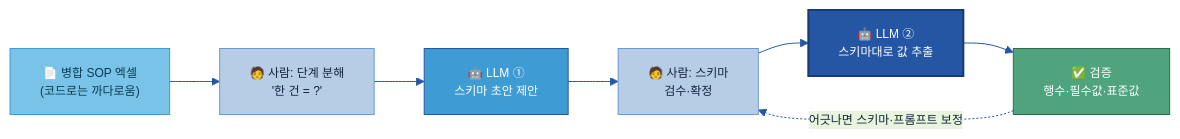
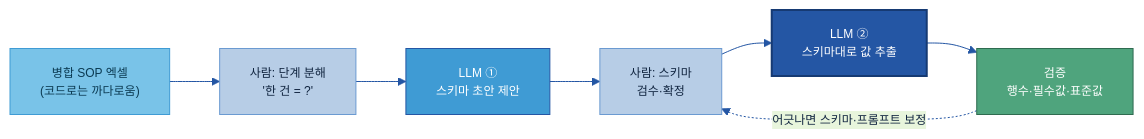
The sixth of 9 diagrams in 가이드 작성/B-1 데이터 전처리/B-1 데이터 전처리.md (jin-kearney/ai-ready-data-manual), drawn with Mermaid before and after one commit. The commit also changed other lines of this file and 4 other files, not shown here.

````diff
--- a/가이드 작성/B-1 데이터 전처리/B-1 데이터 전처리.md
+++ b/가이드 작성/B-1 데이터 전처리/B-1 데이터 전처리.md
@@ -568,17 +568,17 @@
 ```mermaid
 %%{init: {'theme':'base','themeVariables':{'primaryColor':'#DCE8F5','primaryBorderColor':'#2456A4','primaryTextColor':'#10243f','lineColor':'#2456A4','fontSize':'12px'}}}%%
 flowchart LR
-    DOC["📄 병합 SOP 엑셀<br/>(코드로는 까다로움)"]:::src
-    H1["🧑 사람: 단계 분해<br/>'한 건 = ?'"]:::n
-    P1["🤖 LLM ①<br/>스키마 초안 제안"]:::gate
-    H2["🧑 사람: 스키마<br/>검수·확정"]:::n
-    P2["🤖 LLM ②<br/>스키마대로 값 추출"]:::cat
-    V["✅ 검증<br/>행수·필수값·표준값"]:::loop
+    DOC["병합 SOP 엑셀<br/>(코드로는 까다로움)"]:::src
+    H1["사람: 단계 분해<br/>'한 건 = ?'"]:::n
+    P1["LLM ①<br/>스키마 초안 제안"]:::gate
+    H2["사람: 스키마<br/>검수·확정"]:::n
+    P2["LLM ②<br/>스키마대로 값 추출"]:::cat
+    V["검증<br/>행수·필수값·표준값"]:::loop
     DOC --> H1 --> P1 --> H2 --> P2 --> V
     V -.어긋나면 스키마·프롬프트 보정.-> H2
     classDef n fill:#B7CDE6,stroke:#6B9AD1,color:#10243f;
     classDef src fill:#79C3E8,stroke:#3F9BD4,color:#0b3a52;
     classDef cat fill:#2456A4,color:#fff,stroke:#163a73,stroke-width:2px;
     classDef gate fill:#3F9BD4,stroke:#2456A4,color:#fff;
     classDef loop fill:#4FA47D,stroke:#2f6b50,color:#fff;
 ```
````
